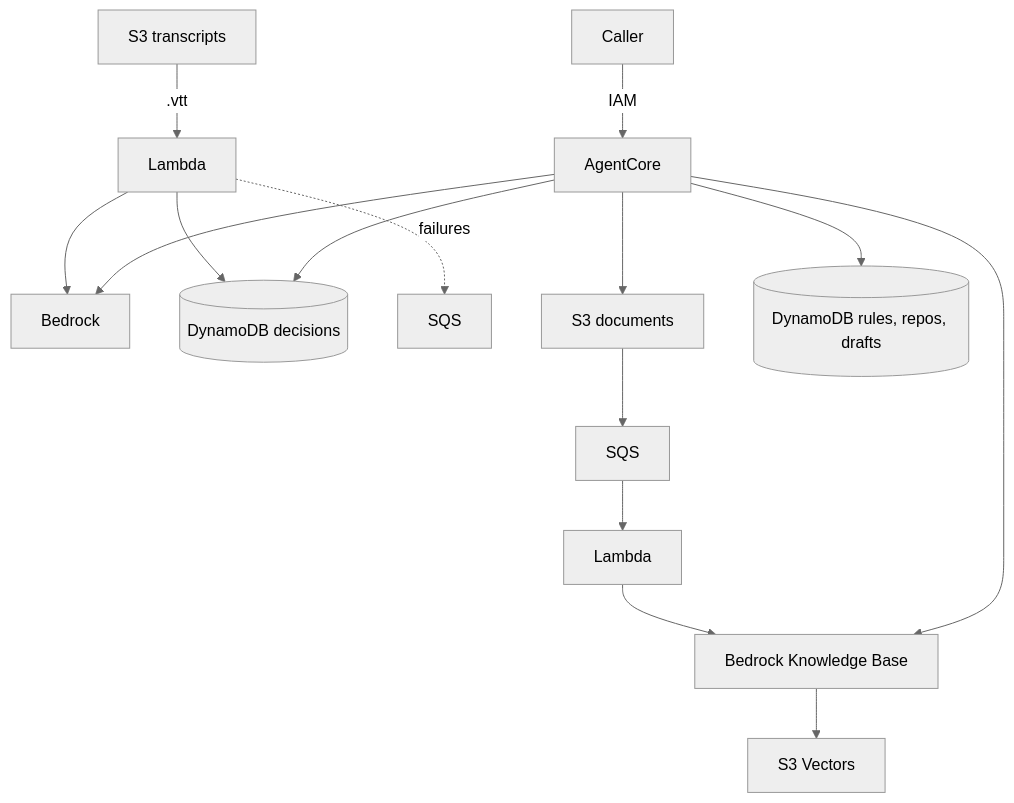
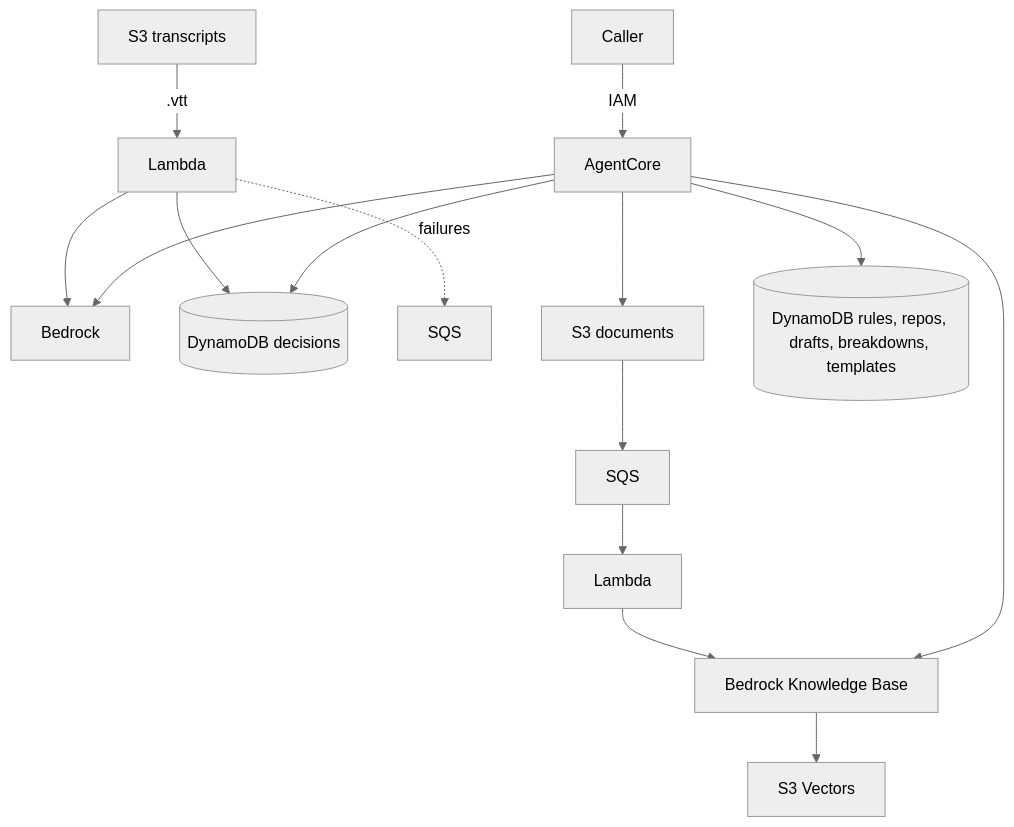
The diagram in README.md (alwaystudios/minivela), drawn with Mermaid (neutral theme) before and after one commit. The commit also changed other lines of this file and 13 other files, not shown here.

````diff
--- a/README.md
+++ b/README.md
@@ -7,20 +7,20 @@
 ```mermaid
 flowchart TB
   caller[Caller] -->|IAM| agent[AgentCore]
 
   transcripts[S3 transcripts] -->|".vtt"| extract[Lambda]
   extract --> bedrock[Bedrock]
   extract --> decisions[(DynamoDB decisions)]
   extract -.->|failures| extractDlq[SQS]
 
   documents[S3 documents] --> ingestQueue[SQS]
   ingestQueue --> ingest[Lambda]
   ingest --> kb[Bedrock Knowledge Base]
   kb --> vectors[S3 Vectors]
 
   agent --> kb
   agent --> bedrock
   agent --> decisions
-  agent --> tables[(DynamoDB rules, repos, drafts)]
+  agent --> tables[(DynamoDB rules, repos, drafts, breakdowns, templates)]
   agent --> documents
 ```
````
